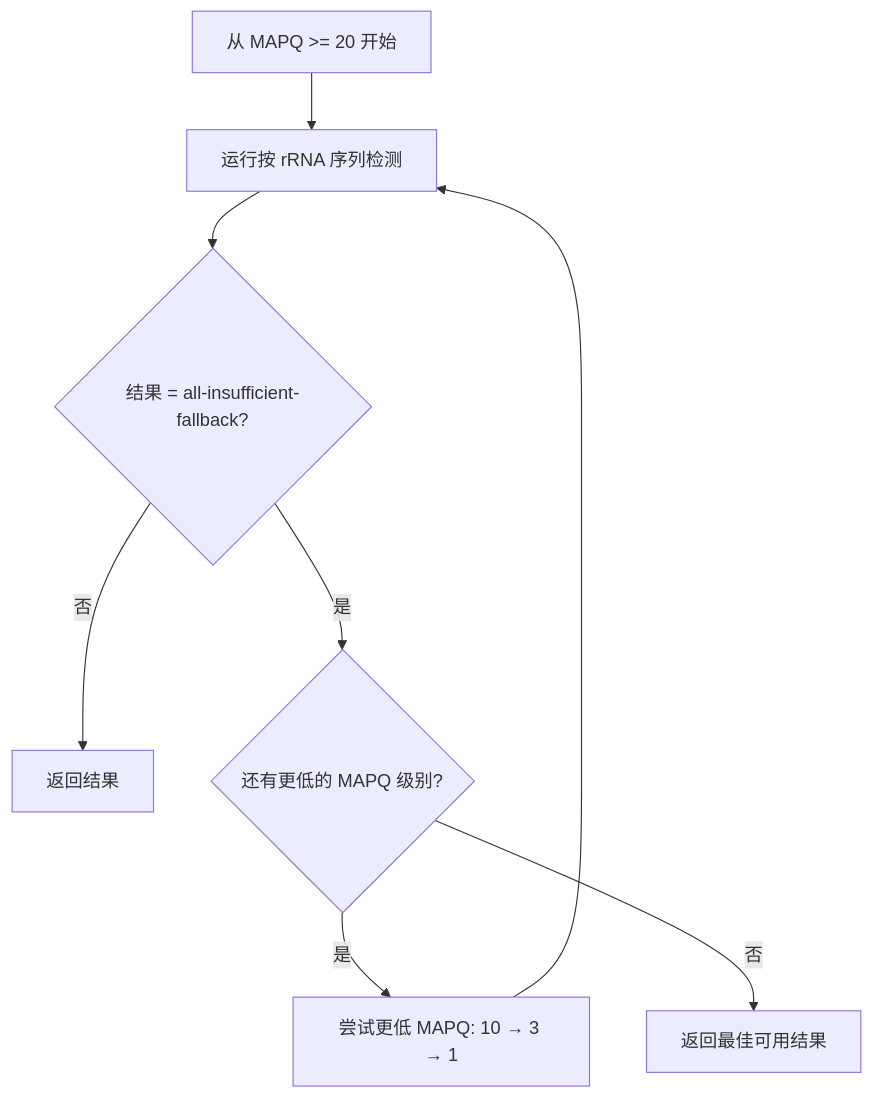
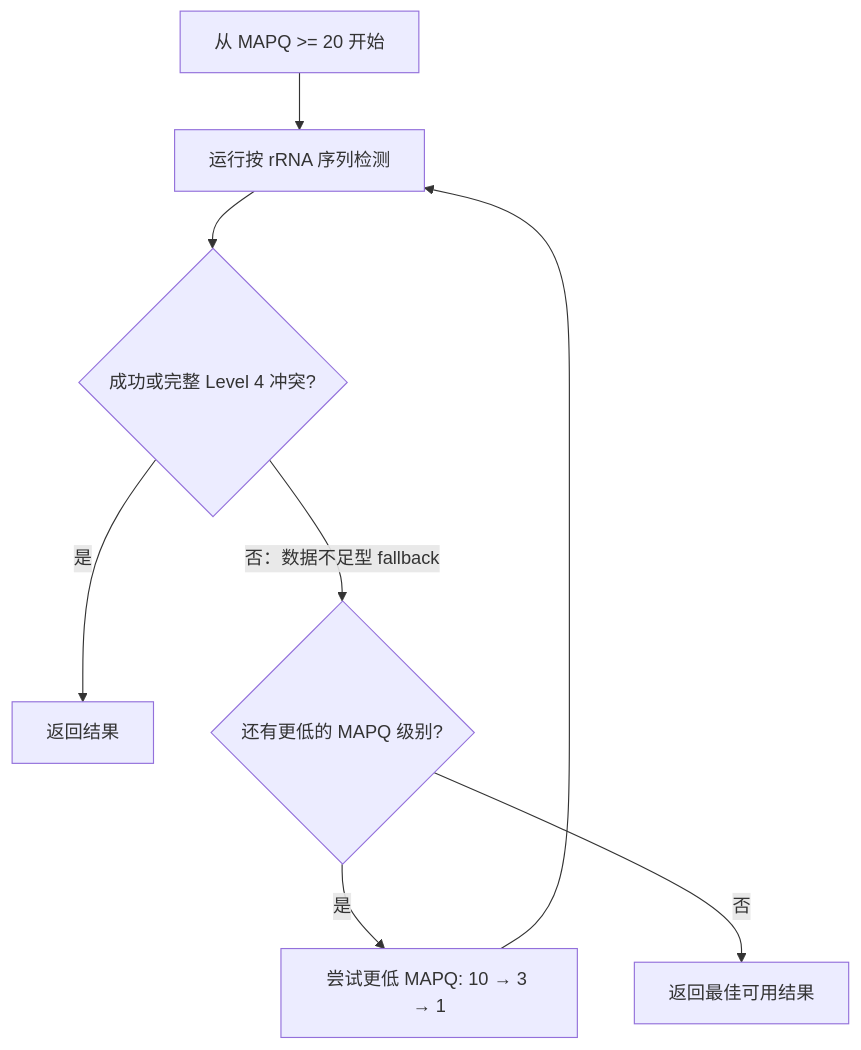
The second of 3 diagrams in README_zh.md (yudalang3/resolveS), drawn with Mermaid before and after one commit. The commit also changed other lines of this file and 7 other files, not shown here.

````diff
--- a/README_zh.md
+++ b/README_zh.md
@@ -221,10 +222,10 @@
 ```mermaid
 flowchart TD
     A["从 MAPQ >= 20 开始"] --> B["运行按 rRNA 序列检测"]
-    B --> C{"结果 = all-insufficient-fallback?"}
-    C -->|否| D["返回结果"]
-    C -->|是| E{"还有更低的 MAPQ 级别?"}
+    B --> C{"成功或完整 Level 4 冲突?"}
+    C -->|是| D["返回结果"]
+    C -->|否：数据不足型 fallback| E{"还有更低的 MAPQ 级别?"}
     E -->|是| F["尝试更低 MAPQ: 10 → 3 → 1"]
     F --> B
     E -->|否| G["返回最佳可用结果"]
 ```
````
